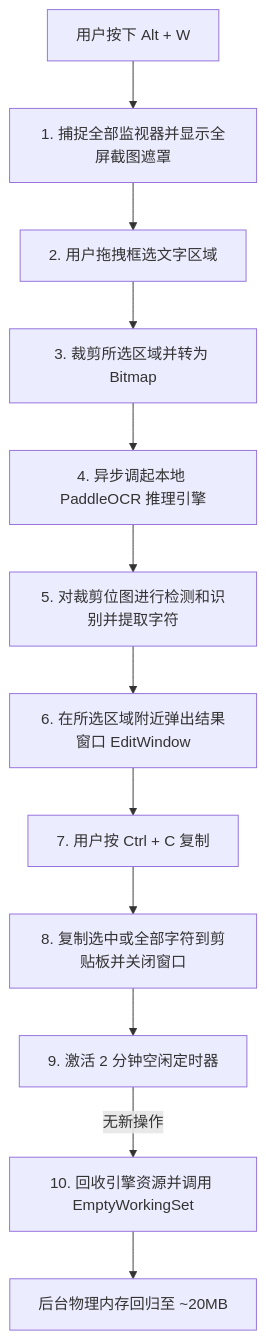
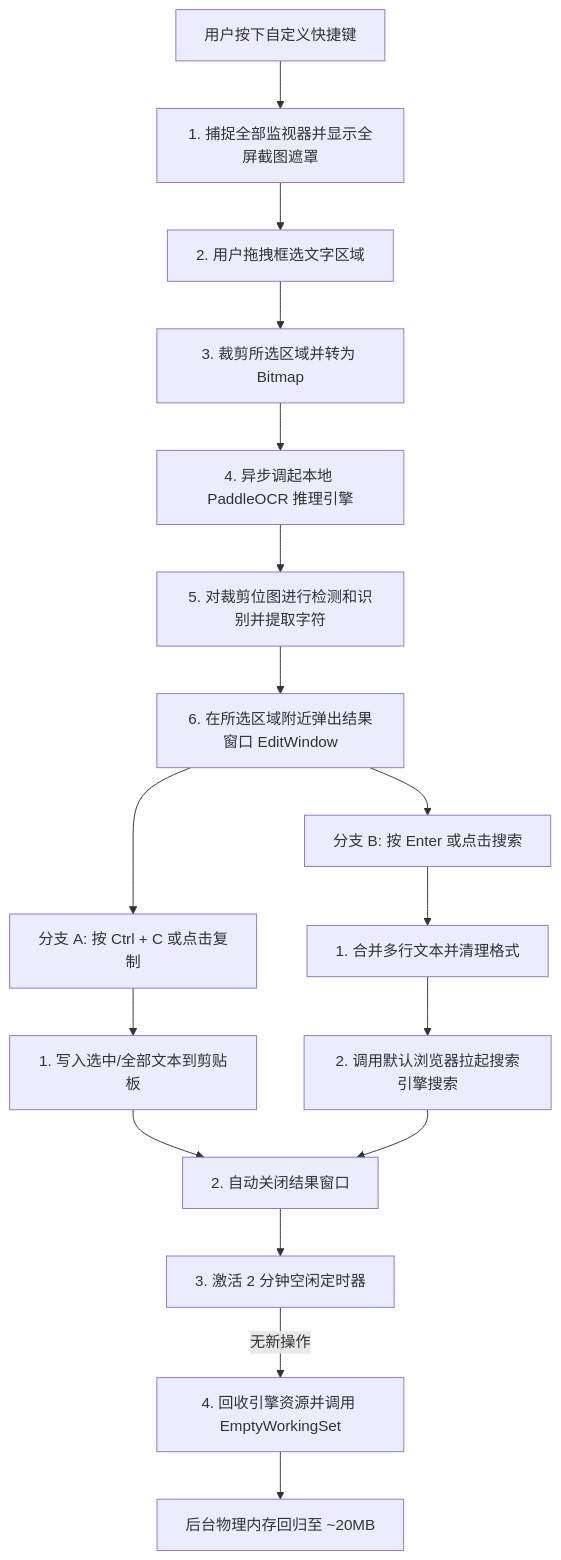
One commit to Loecedas/SnapFind changed the diagram in README.md. Above: the diagram before and after it, drawn with Mermaid. The commit also changed 1 other file, not shown here.

Commit message:
feat: close result window on Ctrl+C and update README docs

````diff
--- a/README.md
+++ b/README.md
@@ -124,14 +124,22 @@
 ```mermaid
 graph TD
-    A[用户按下 Alt + W] --> B[1. 捕捉全部监视器并显示全屏截图遮罩]
+    A[用户按下自定义快捷键] --> B[1. 捕捉全部监视器并显示全屏截图遮罩]
     B --> C[2. 用户拖拽框选文字区域]
     C --> D[3. 裁剪所选区域并转为 Bitmap]
     D --> E[4. 异步调起本地 PaddleOCR 推理引擎]
     E --> F[5. 对裁剪位图进行检测和识别并提取字符]
     F --> G[6. 在所选区域附近弹出结果窗口 EditWindow]
-    G --> H[7. 用户按 Ctrl + C 复制]
-    H --> I[8. 复制选中或全部字符到剪贴板并关闭窗口]
-    I --> J[9. 激活 2 分钟空闲定时器]
-    J -- 无新操作 --> K[10. 回收引擎资源并调用 EmptyWorkingSet]
+    
+    G --> H1[分支 A: 按 Ctrl + C 或点击复制]
+    H1 --> I1[1. 写入选中/全部文本到剪贴板]
+    I1 --> I2[2. 自动关闭结果窗口]
+    
+    G --> H2[分支 B: 按 Enter 或点击搜索]
+    H2 --> I3[1. 合并多行文本并清理格式]
+    I3 --> I4[2. 调用默认浏览器拉起搜索引擎搜索]
+    I4 --> I2
+    
+    I2 --> J[3. 激活 2 分钟空闲定时器]
+    J -- 无新操作 --> K[4. 回收引擎资源并调用 EmptyWorkingSet]
     K --> L[后台物理内存回归至 ~20MB]
 ```
````
